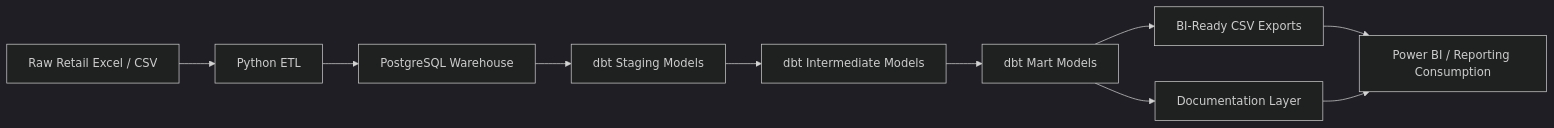
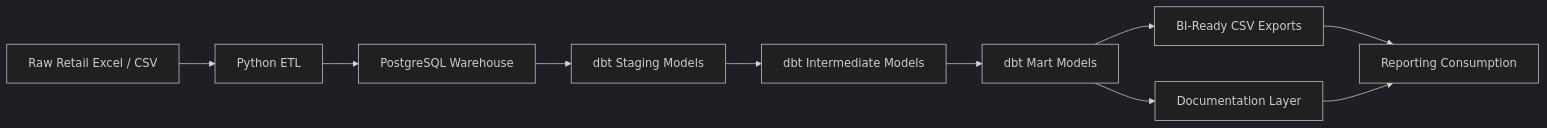
Before and after one commit to Kartz82/customer-intelligence-warehouse: the first of 4 diagrams in powerbi/README.md, drawn with Mermaid (dark theme). The commit also changed other lines of this file, not shown here.

````diff
--- a/powerbi/README.md
+++ b/powerbi/README.md
@@ -25,12 +25,12 @@
 ```mermaid
 flowchart LR
     A[Raw Retail Excel / CSV] --> B[Python ETL]
     B --> C[PostgreSQL Warehouse]
     C --> D[dbt Staging Models]
     D --> E[dbt Intermediate Models]
     E --> F[dbt Mart Models]
     F --> G[BI-Ready CSV Exports]
     F --> H[Documentation Layer]
-    G --> I[Power BI / Reporting Consumption]
+    G --> I[Reporting Consumption]
     H --> I
 ```
````
